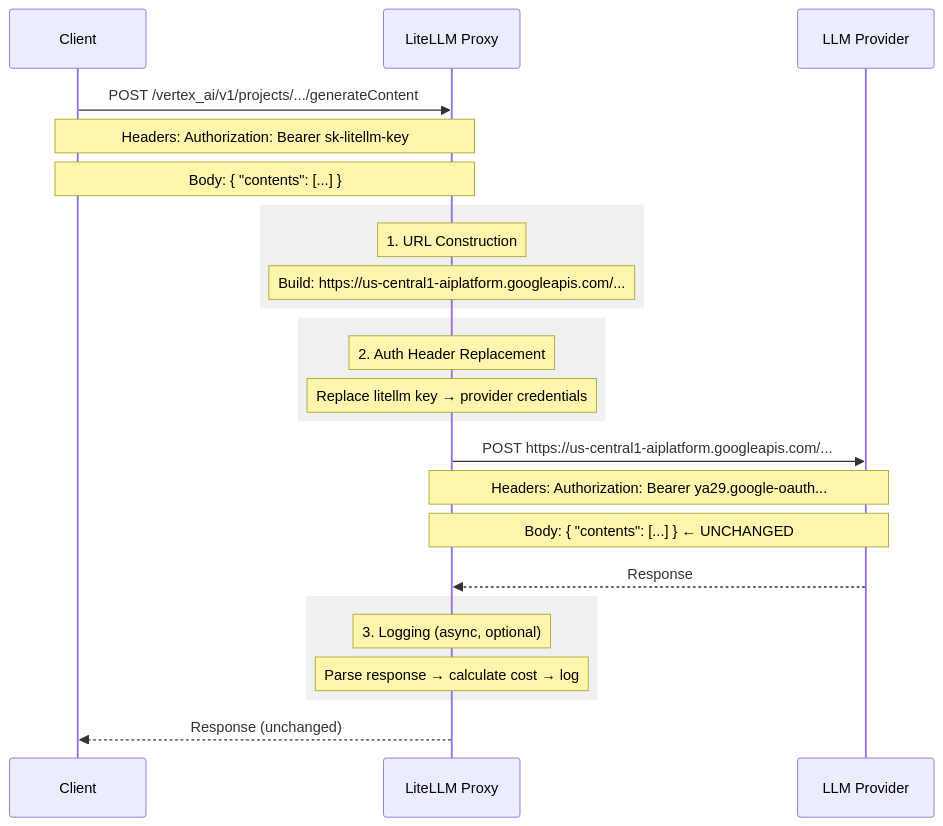
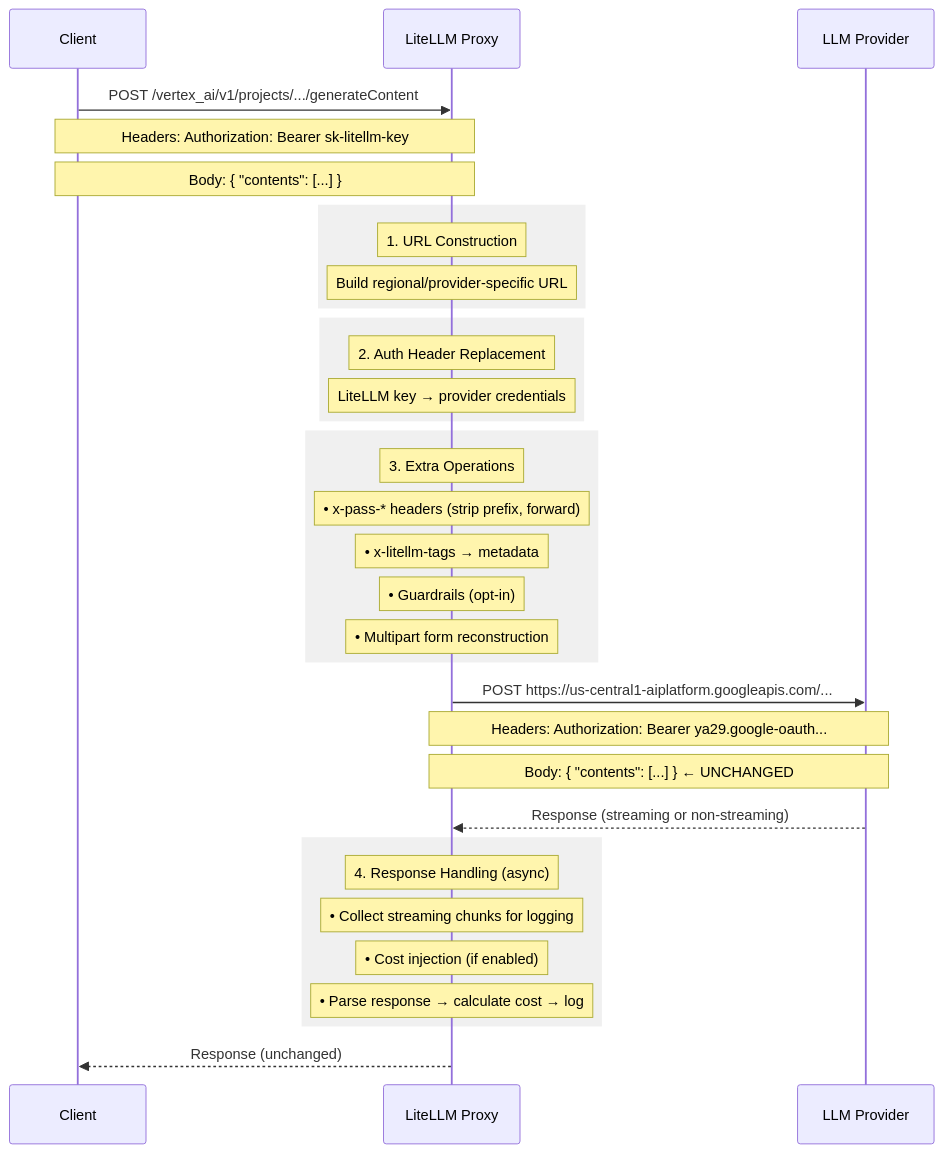
Before and after one commit to BerriAI/litellm: the diagram in litellm/proxy/pass_through_endpoints/architecture.md, drawn with Mermaid. The commit also changed other lines of this file, not shown here.

````diff
--- a/litellm/proxy/pass_through_endpoints/architecture.md
+++ b/litellm/proxy/pass_through_endpoints/architecture.md
@@ -7,33 +7,43 @@
 ```mermaid
 sequenceDiagram
     participant Client
     participant Proxy as LiteLLM Proxy
     participant Provider as LLM Provider
 
     Client->>Proxy: POST /vertex_ai/v1/projects/.../generateContent
     Note over Client,Proxy: Headers: Authorization: Bearer sk-litellm-key
     Note over Client,Proxy: Body: { "contents": [...] }
     
     rect rgb(240, 240, 240)
         Note over Proxy: 1. URL Construction
-        Note over Proxy: Build: https://us-central1-aiplatform.googleapis.com/...
+        Note over Proxy: Build regional/provider-specific URL
     end
     
     rect rgb(240, 240, 240)
         Note over Proxy: 2. Auth Header Replacement
-        Note over Proxy: Replace litellm key → provider credentials
+        Note over Proxy: LiteLLM key → provider credentials
+    end
+
+    rect rgb(240, 240, 240)
+        Note over Proxy: 3. Extra Operations
+        Note over Proxy: • x-pass-* headers (strip prefix, forward)
+        Note over Proxy: • x-litellm-tags → metadata
+        Note over Proxy: • Guardrails (opt-in)
+        Note over Proxy: • Multipart form reconstruction
     end
     
     Proxy->>Provider: POST https://us-central1-aiplatform.googleapis.com/...
     Note over Proxy,Provider: Headers: Authorization: Bearer ya29.google-oauth...
     Note over Proxy,Provider: Body: { "contents": [...] } ← UNCHANGED
     
-    Provider-->>Proxy: Response
-    
+    Provider-->>Proxy: Response (streaming or non-streaming)
+
     rect rgb(240, 240, 240)
-        Note over Proxy: 3. Logging (async, optional)
-        Note over Proxy: Parse response → calculate cost → log
+        Note over Proxy: 4. Response Handling (async)
+        Note over Proxy: • Collect streaming chunks for logging
+        Note over Proxy: • Cost injection (if enabled)
+        Note over Proxy: • Parse response → calculate cost → log
     end
     
     Proxy-->>Client: Response (unchanged)
 ```
````
